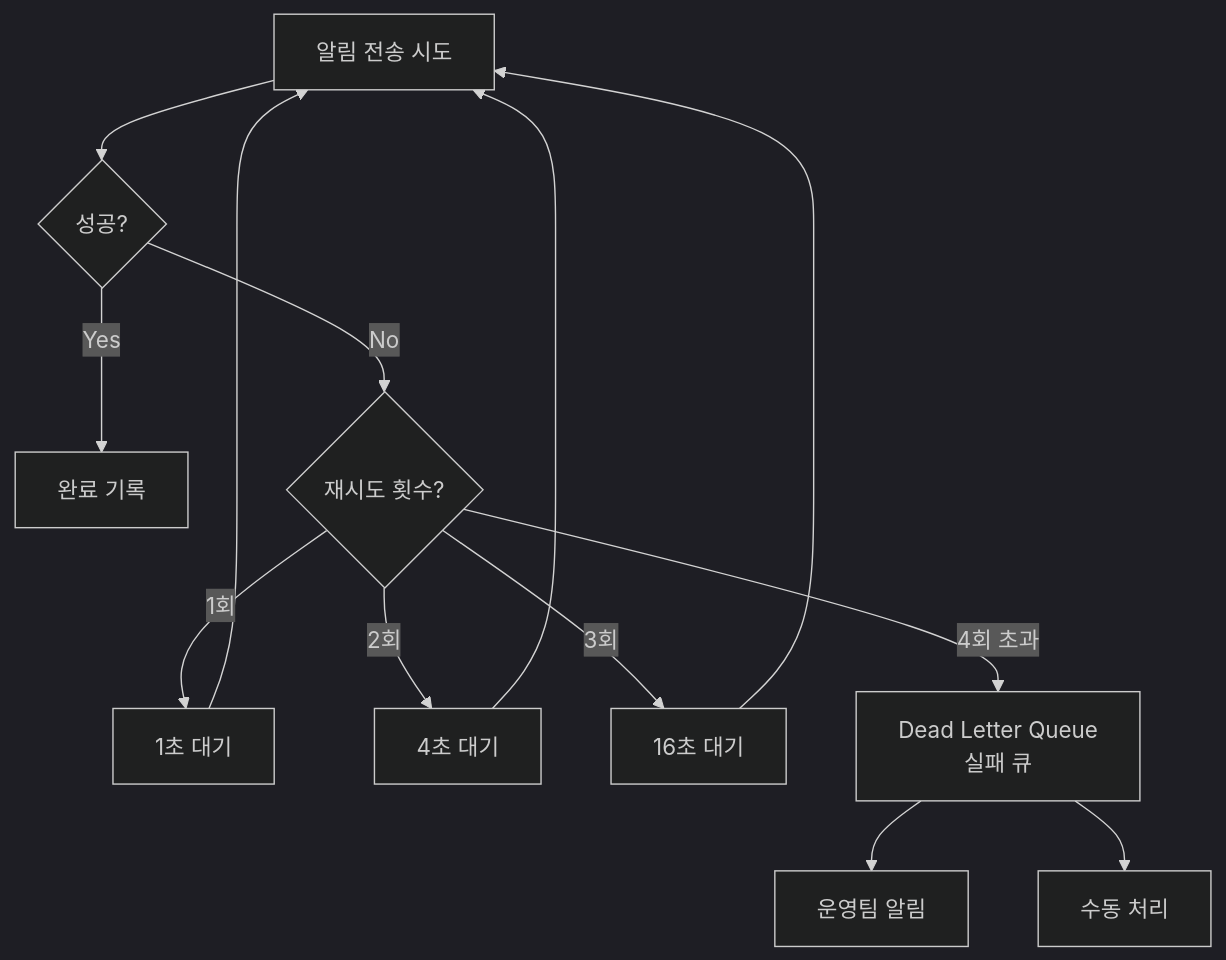
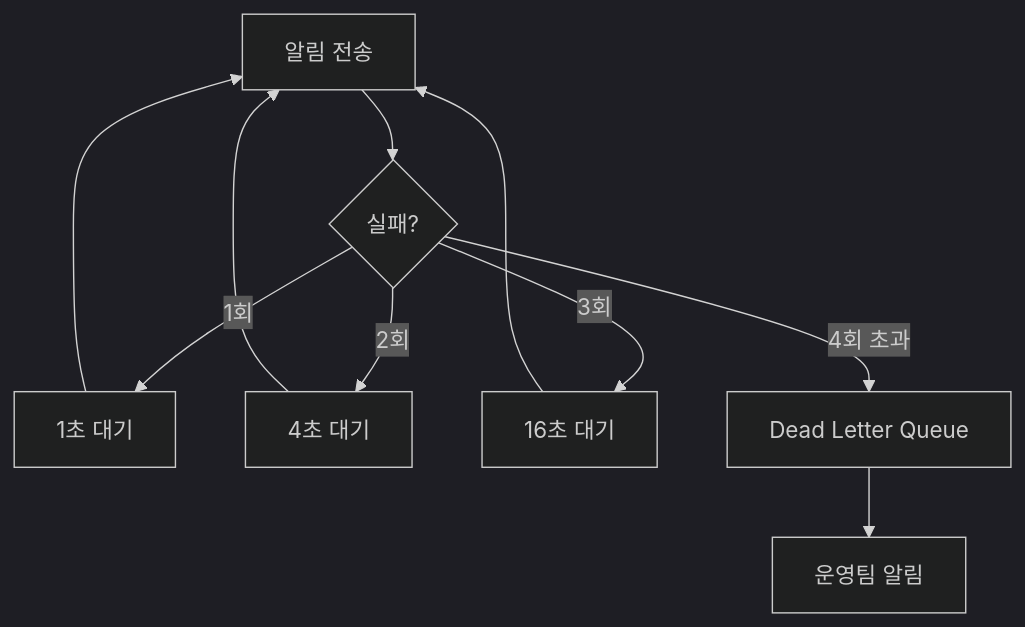
The fifth of 6 diagrams in _posts/systemdesign/2026-05-02-system-design-notification.md (yjkim2015/yjkim2015.github.io), drawn with Mermaid (dark theme) before and after one commit. The commit also changed other lines of this file and 122 other files, not shown here.

````diff
--- a/_posts/systemdesign/2026-05-02-system-design-notification.md
+++ b/_posts/systemdesign/2026-05-02-system-design-notification.md
@@ -298,20 +187,12 @@
 ```mermaid
 graph TD
-    Send["알림 전송 시도"]
-    Send --> Success{"성공?"}
-    Success -->|Yes| Done["완료 기록"]
-    Success -->|No| Retry{"재시도 횟수?"}
-
-    Retry -->|"1회"| Wait1["1초 대기"]
-    Wait1 --> Send
-
-    Retry -->|"2회"| Wait2["4초 대기"]
-    Wait2 --> Send
-
-    Retry -->|"3회"| Wait3["16초 대기"]
-    Wait3 --> Send
-
-    Retry -->|"4회 초과"| DLQ["Dead Letter Queue<br>실패 큐"]
+    Send["알림 전송"] --> Fail{"실패?"}
+    Fail -->|"1회"| W1["1초 대기"]
+    W1 --> Send
+    Fail -->|"2회"| W2["4초 대기"]
+    W2 --> Send
+    Fail -->|"3회"| W3["16초 대기"]
+    W3 --> Send
+    Fail -->|"4회 초과"| DLQ["Dead Letter Queue"]
     DLQ --> Alert["운영팀 알림"]
-    DLQ --> Manual["수동 처리"]
 ```
````
